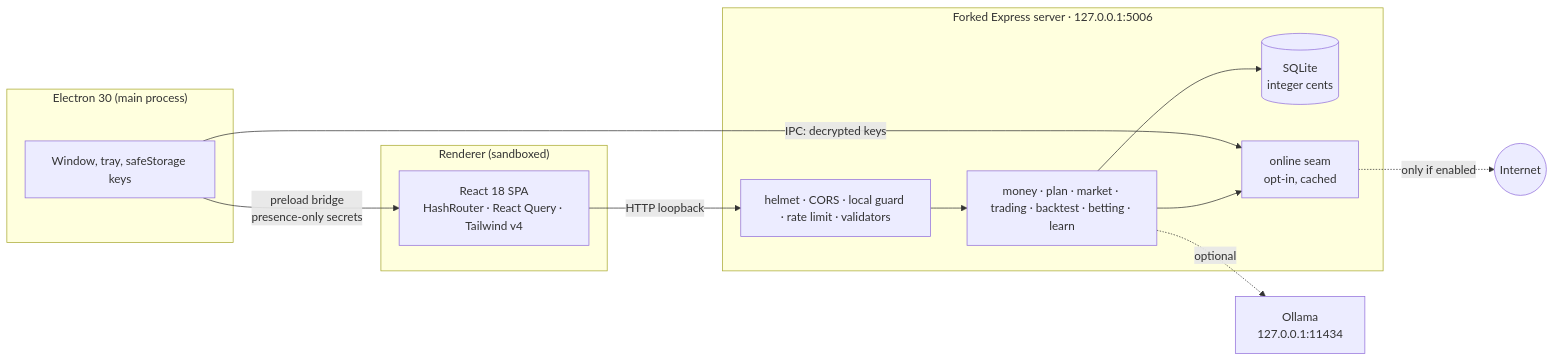
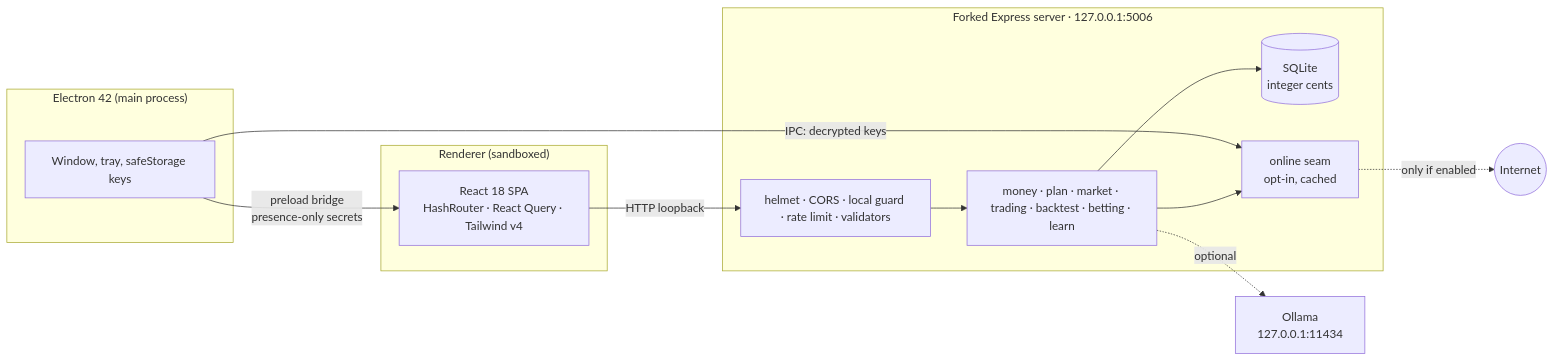
Before and after one commit to aaronk2001/mmm-app: the diagram in README.md, drawn with Mermaid. The commit also changed other lines of this file and 2 other files, not shown here.

Commit message:
docs: ship on Electron 42; drop the end-of-life known issue

````diff
--- a/README.md
+++ b/README.md
@@ -133,20 +133,20 @@
 ```mermaid
 flowchart LR
-  subgraph Electron["Electron 30 (main process)"]
+  subgraph Electron["Electron 42 (main process)"]
     M[Window, tray, safeStorage keys]
   end
   subgraph Renderer["Renderer (sandboxed)"]
     UI[React 18 SPA<br/>HashRouter · React Query · Tailwind v4]
   end
   subgraph Server["Forked Express server · 127.0.0.1:5006"]
     G[helmet · CORS · local guard · rate limit · validators]
     R[money · plan · market · trading · backtest · betting · learn]
     DB[(SQLite<br/>integer cents)]
     O[online seam<br/>opt-in, cached]
   end
   M -- preload bridge<br/>presence-only secrets --> UI
   M -- IPC: decrypted keys --> O
   UI -- HTTP loopback --> G --> R --> DB
   R --> O -. only if enabled .-> NET((Internet))
   R -. optional .-> OL[Ollama<br/>127.0.0.1:11434]
 ```
````
